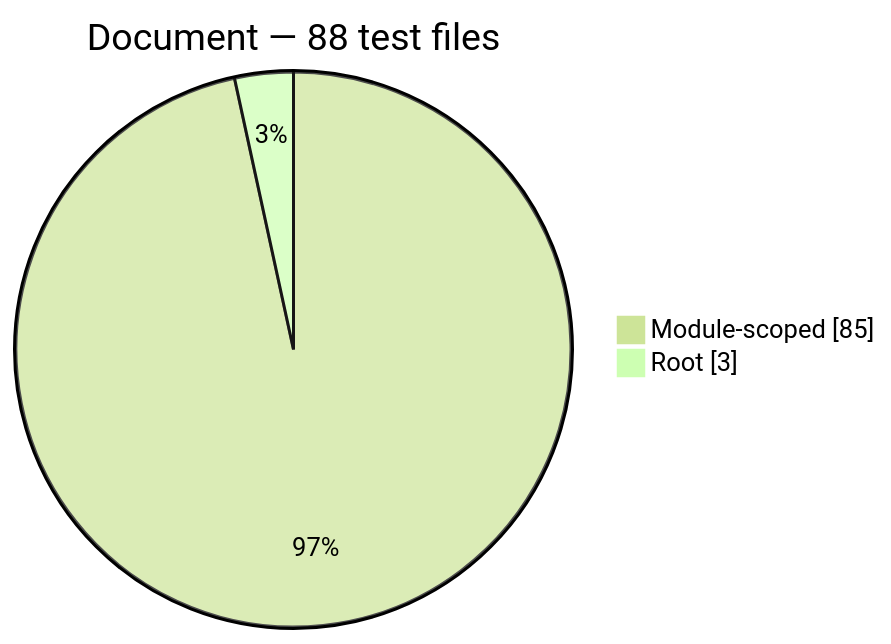
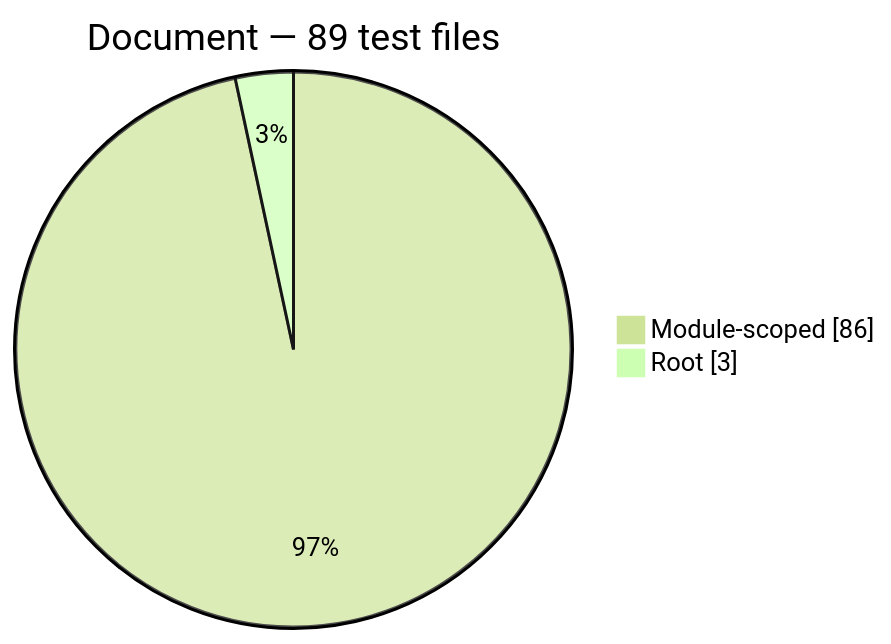
The fourth of 13 diagrams in docs/generated/test-composition.md (Mohammed-Alama/php-arazzo), drawn with Mermaid (forest theme) before and after one commit. The commit also changed other lines of this file and 16 other files, not shown here.

````diff
--- a/docs/generated/test-composition.md
+++ b/docs/generated/test-composition.md
@@ -60,6 +60,6 @@
 ```mermaid
 pie showData
-    title Document — 88 test files
-    "Module-scoped": 85
+    title Document — 89 test files
+    "Module-scoped": 86
     "Root": 3
 ```
````
